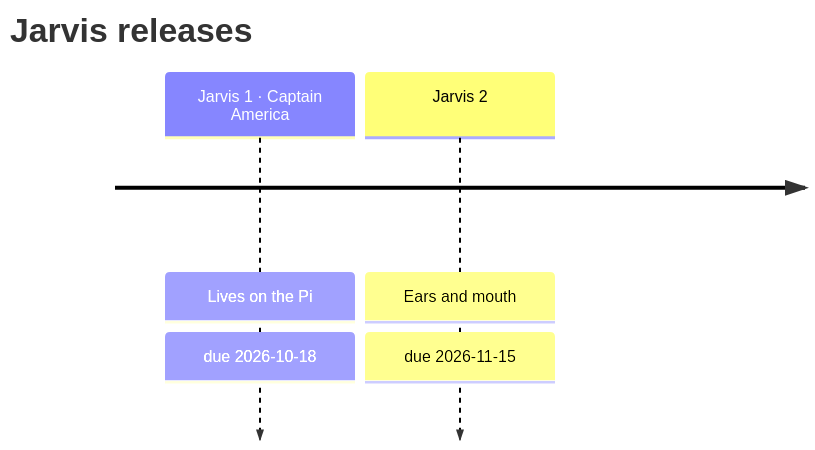
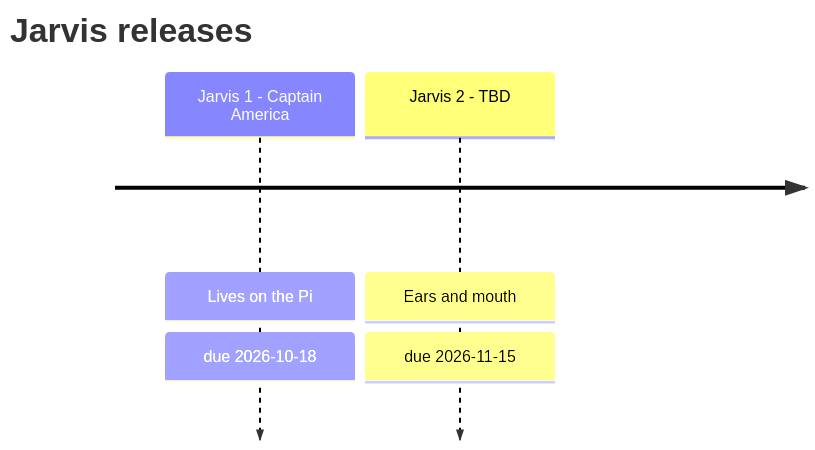
One commit to faering/jarvis changed the second of 2 diagrams in README.md. Above: the diagram before and after it, drawn with Mermaid. The commit also changed other lines of this file and 1 other file, not shown here.

````diff
--- a/README.md
+++ b/README.md
@@ -45,6 +48,6 @@
 ```mermaid
 timeline
   title Jarvis releases
-  Jarvis 1 · Captain America : Lives on the Pi : due 2026-10-18
-  Jarvis 2 : Ears and mouth : due 2026-11-15
+  Jarvis 1 - Captain America : Lives on the Pi : due 2026-10-18
+  Jarvis 2 - TBD : Ears and mouth : due 2026-11-15
 ```
````
